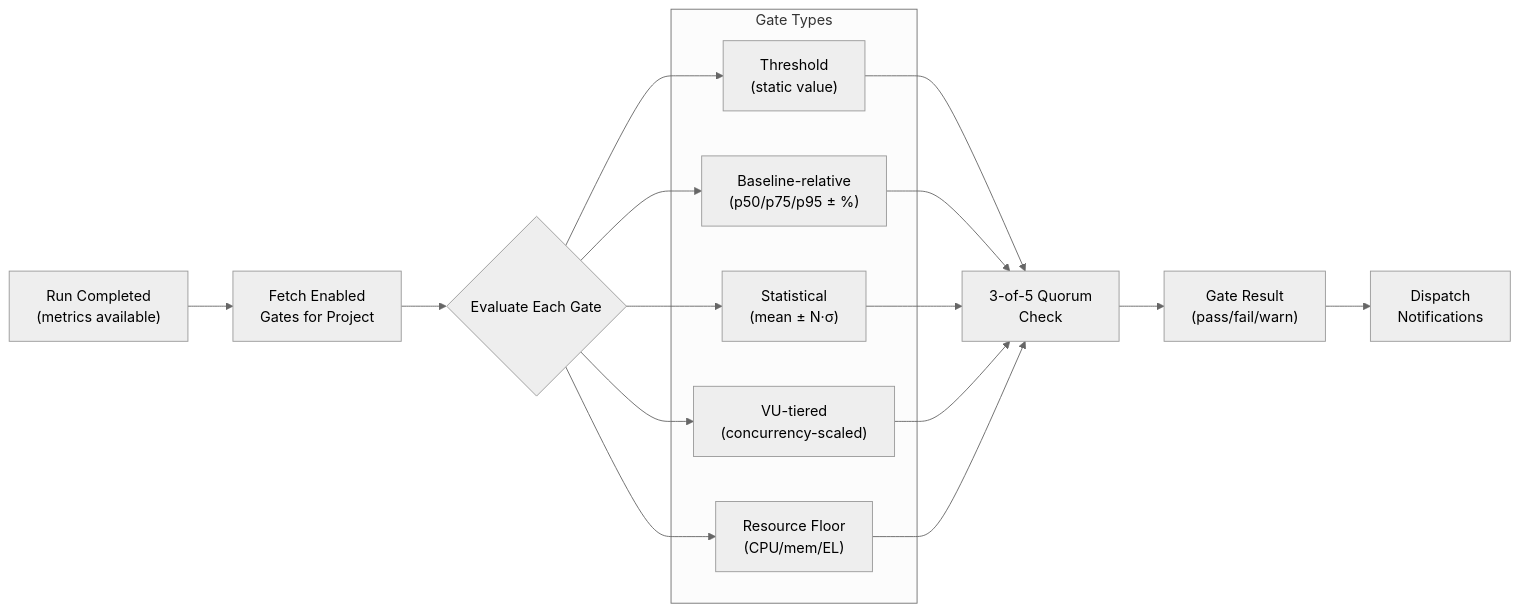
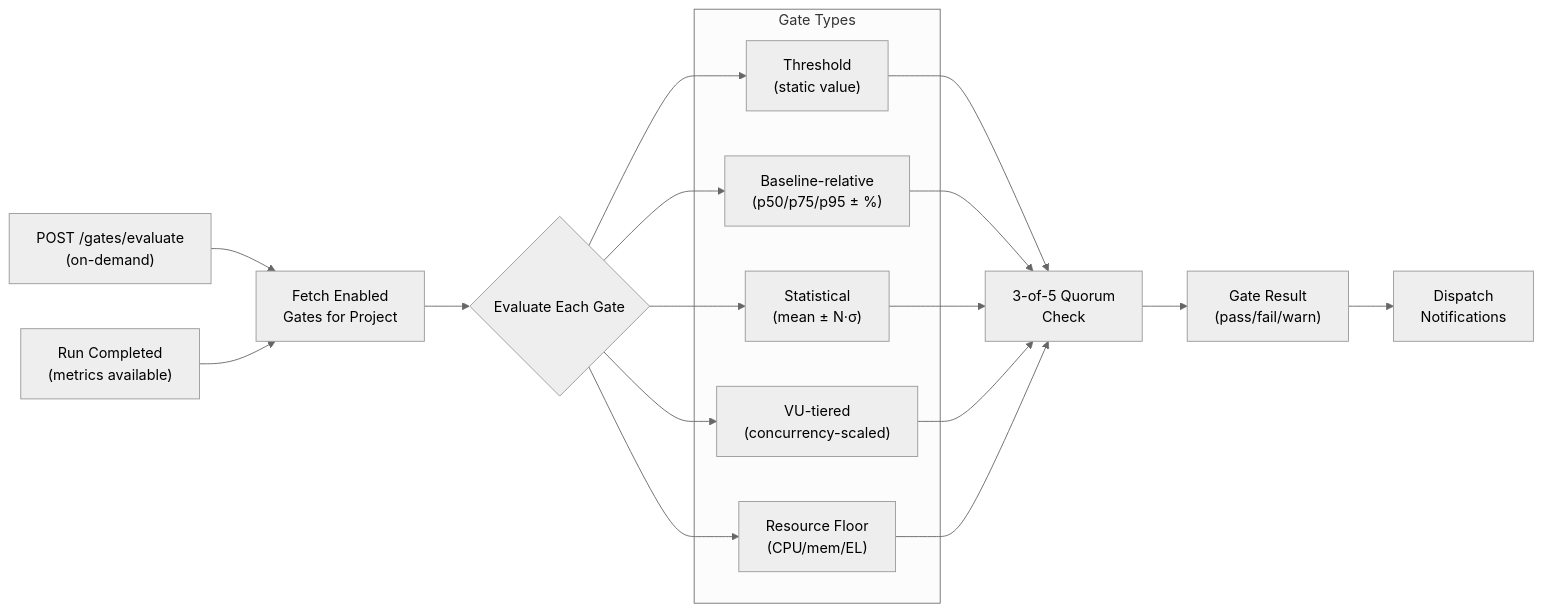
One commit to jj-shen99/uxperf changed the fifth of 9 diagrams in docs/ARCHITECTURE.md. Above: the diagram before and after it, drawn with Mermaid (neutral theme). The commit also changed other lines of this file and 10 other files, not shown here.

First line of the commit message:
feat: gates evaluate endpoint, forecast fix, Knowledge tabs, CI manual dispatch

````diff
--- a/docs/ARCHITECTURE.md
+++ b/docs/ARCHITECTURE.md
@@ -349,31 +349,32 @@
 ```mermaid
 flowchart LR
+    OnDemand["POST /gates/evaluate<br/>(on-demand)"] --> FetchGates
     RunComplete["Run Completed<br/>(metrics available)"]
     FetchGates["Fetch Enabled<br/>Gates for Project"]
     EvalGate{"Evaluate Each Gate"}
 
     subgraph Gate Types
         Threshold["Threshold<br/>(static value)"]
         Baseline["Baseline-relative<br/>(p50/p75/p95 ± %)"]
         Statistical["Statistical<br/>(mean ± N·σ)"]
         VUTiered["VU-tiered<br/>(concurrency-scaled)"]
         ResourceFloor["Resource Floor<br/>(CPU/mem/EL)"]
     end
 
     Quorum["3-of-5 Quorum<br/>Check"]
     Result["Gate Result<br/>(pass/fail/warn)"]
     Notify["Dispatch<br/>Notifications"]
 
     RunComplete --> FetchGates --> EvalGate
     EvalGate --> Threshold
     EvalGate --> Baseline
     EvalGate --> Statistical
     EvalGate --> VUTiered
     EvalGate --> ResourceFloor
     Threshold --> Quorum
     Baseline --> Quorum
     Statistical --> Quorum
     VUTiered --> Quorum
     ResourceFloor --> Quorum
     Quorum --> Result --> Notify
 ```
````
